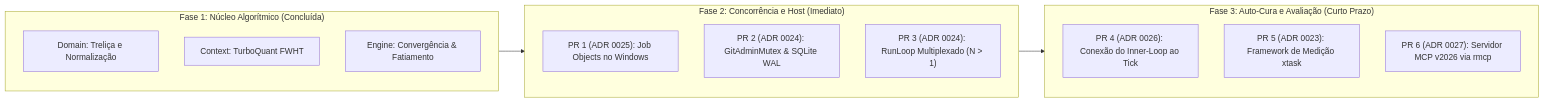
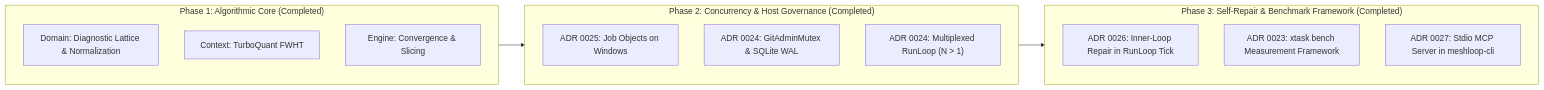
The diagram in docs/engineering/implementation-plan-v2.md (smota/meshloop), drawn with Mermaid before and after one commit. The commit also changed other lines of this file and 14 other files, not shown here.

````diff
--- a/docs/engineering/implementation-plan-v2.md
+++ b/docs/engineering/implementation-plan-v2.md
@@ -32,22 +27,22 @@
 ```mermaid
 flowchart LR
-  subgraph Fase1 ["Fase 1: Núcleo Algorítmico (Concluída)"]
-    F1_1["Domain: Treliça e Normalização"]
+  subgraph Phase1 ["Phase 1: Algorithmic Core (Completed)"]
+    F1_1["Domain: Diagnostic Lattice & Normalization"]
     F1_2["Context: TurboQuant FWHT"]
-    F1_3["Engine: Convergência & Fatiamento"]
+    F1_3["Engine: Convergence & Slicing"]
   end
 
-  subgraph Fase2 ["Fase 2: Concorrência e Host (Imediato)"]
-    F2_1["PR 1 (ADR 0025): Job Objects no Windows"]
-    F2_2["PR 2 (ADR 0024): GitAdminMutex & SQLite WAL"]
-    F2_3["PR 3 (ADR 0024): RunLoop Multiplexado (N > 1)"]
+  subgraph Phase2 ["Phase 2: Concurrency & Host Governance (Completed)"]
+    F2_1["ADR 0025: Job Objects on Windows"]
+    F2_2["ADR 0024: GitAdminMutex & SQLite WAL"]
+    F2_3["ADR 0024: Multiplexed RunLoop (N > 1)"]
   end
 
-  subgraph Fase3 ["Fase 3: Auto-Cura e Avaliação (Curto Prazo)"]
-    F3_1["PR 4 (ADR 0026): Conexão do Inner-Loop ao Tick"]
-    F3_2["PR 5 (ADR 0023): Framework de Medição xtask"]
-    F3_3["PR 6 (ADR 0027): Servidor MCP v2026 via rmcp"]
+  subgraph Phase3 ["Phase 3: Self-Repair & Benchmark Framework (Completed)"]
+    F3_1["ADR 0026: Inner-Loop Repair in RunLoop Tick"]
+    F3_2["ADR 0023: xtask bench Measurement Framework"]
+    F3_3["ADR 0027: Stdio MCP Server in meshloop-cli"]
   end
 
-  Fase1 --> Fase2 --> Fase3
+  Phase1 --> Phase2 --> Phase3
 ```
````
